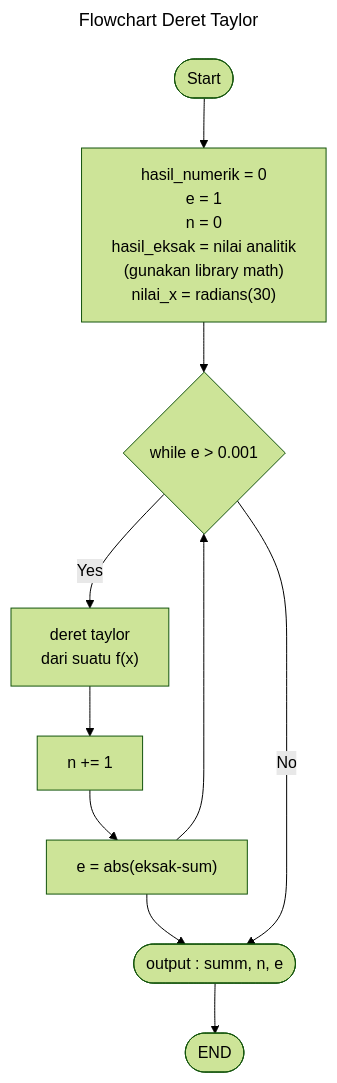
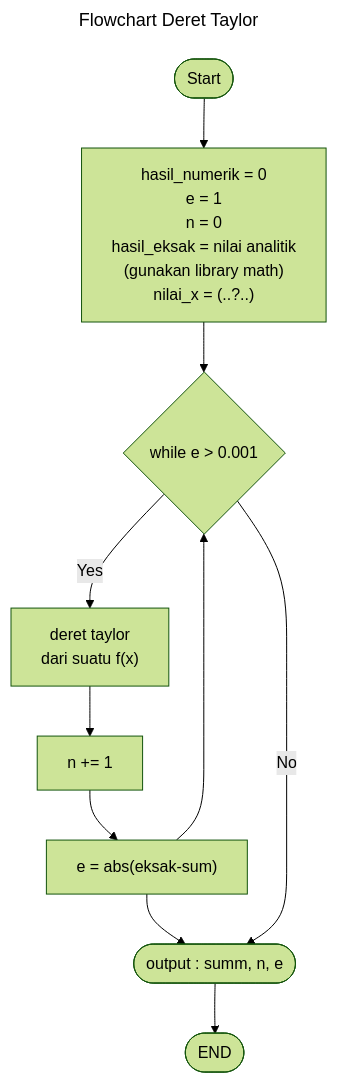
Before and after one commit to aslabkomfis/Komputasi-Numerik-24-25: the diagram in Modul-1/Flowchart-Deret-Taylor.md, drawn with Mermaid (forest theme).

````diff
--- a/Modul-1/Flowchart-Deret-Taylor.md
+++ b/Modul-1/Flowchart-Deret-Taylor.md
@@ -1,15 +1,15 @@
 ```mermaid
 ---
 title : Flowchart Deret Taylor 
 ---
 flowchart TD
-    A([Start]) --> B["hasil_numerik = 0 <br> e = 1 <br> n = 0 <br> hasil_eksak = nilai analitik <br> (gunakan library math) <br> nilai_x = radians(30)"]
+    A([Start]) --> B["hasil_numerik = 0 <br> e = 1 <br> n = 0 <br> hasil_eksak = nilai analitik <br> (gunakan library math) <br> nilai_x = (..?..)"]
     B --> D{while e > 0.001 }
     D -->|Yes| E["deret taylor <br> dari suatu f(x)"]
     E --> F["n += 1"]
     F --> G["e = abs(eksak-sum)"]
     G --> H["output : summ, n, e"]
     G --> D
     D -->|No| H(["output : summ, n, e"])
     H --> Z([END])
 ```
````
